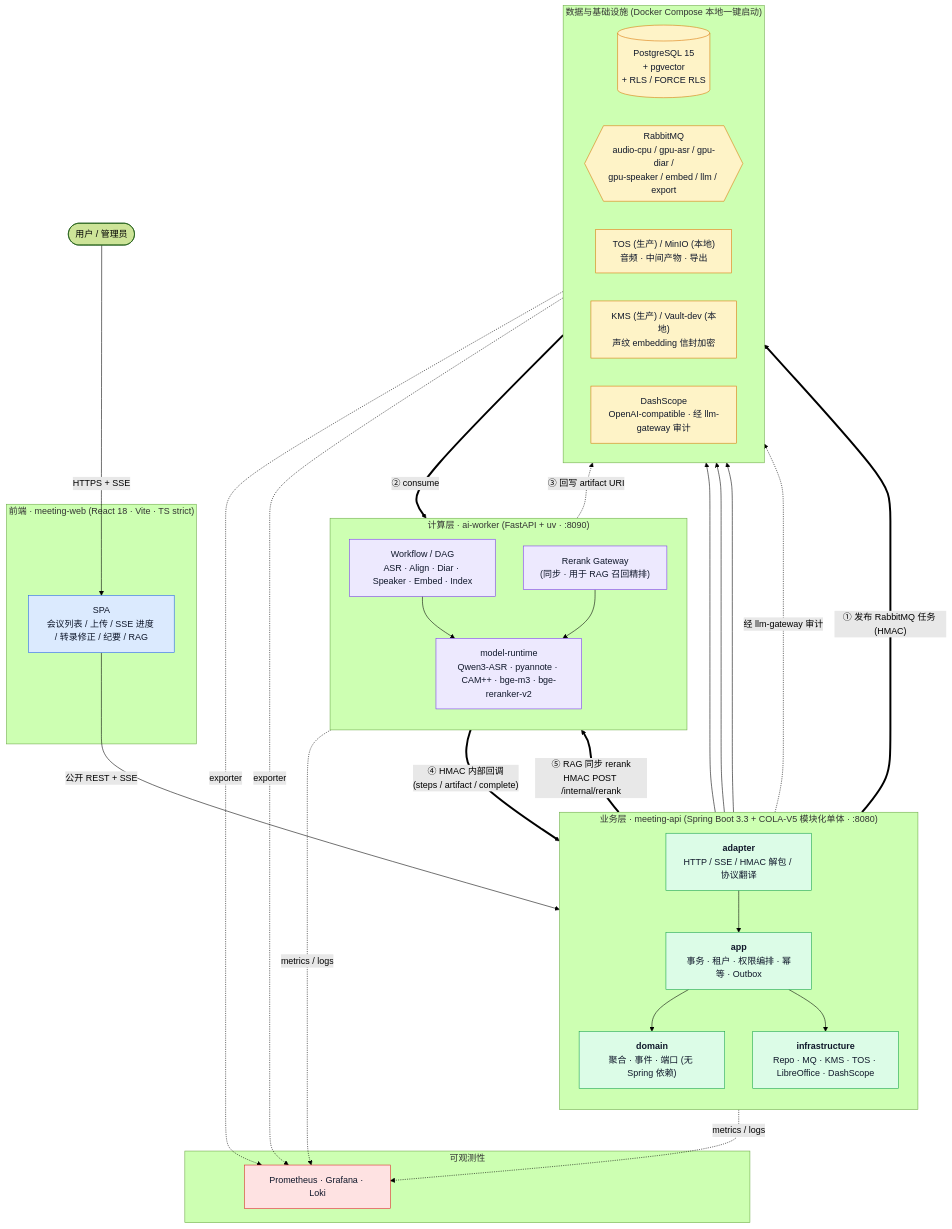
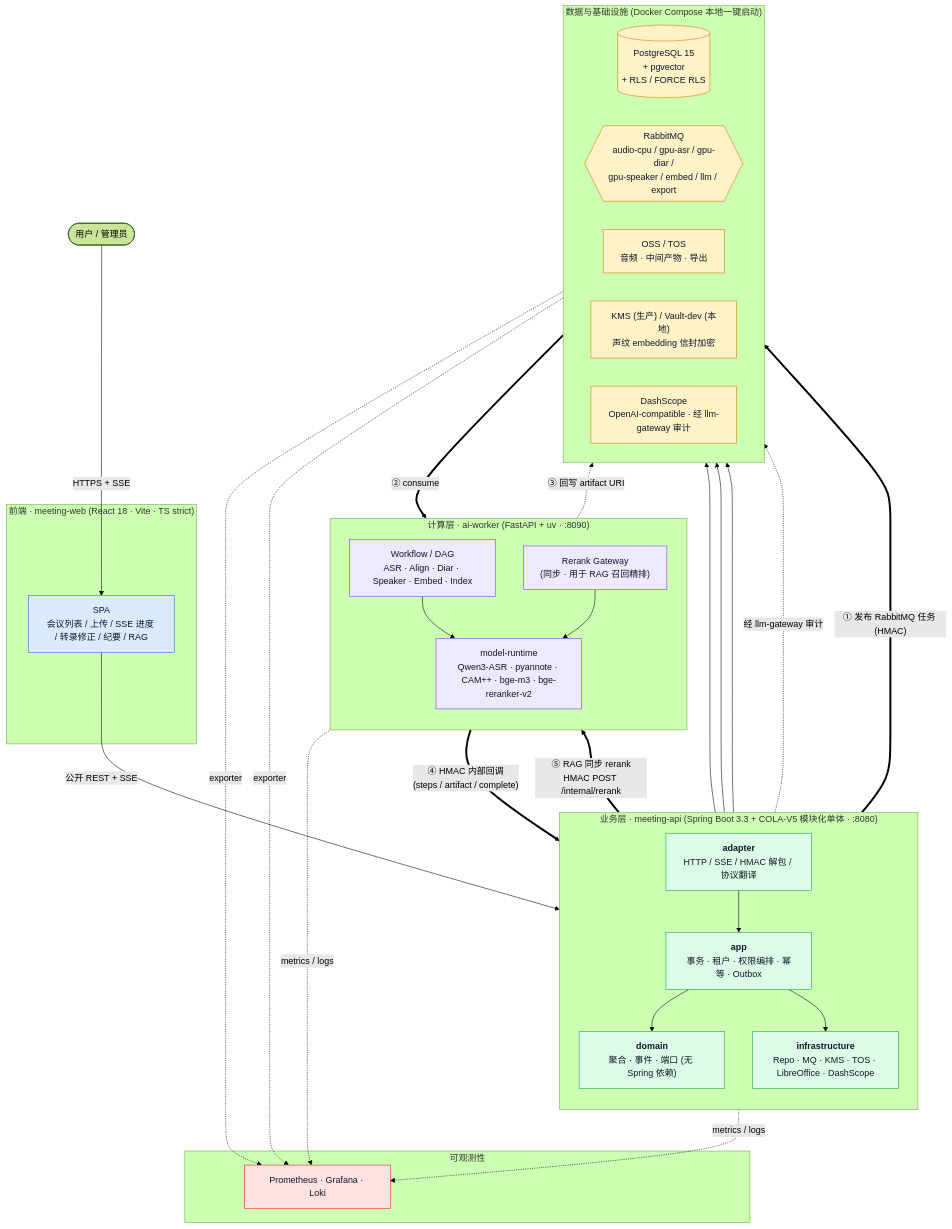
Before and after one commit to JAHSEH618/meeting: the first of 3 diagrams in README.md, drawn with Mermaid (forest theme). The commit also changed other lines of this file and 2 other files, not shown here.

First line of the commit message:
fix(config,docs): drop removed-MinIO references; fix unsupported STORAGE_TYPE

````diff
--- a/README.md
+++ b/README.md
@@ -25,69 +25,69 @@
 ```mermaid
 flowchart TB
     User([用户 / 管理员])
 
     subgraph Frontend["前端 · meeting-web (React 18 · Vite · TS strict)"]
         Web["SPA<br/>会议列表 / 上传 / SSE 进度 / 转录修正 / 纪要 / RAG"]
     end
 
     subgraph API["业务层 · meeting-api (Spring Boot 3.3 + COLA-V5 模块化单体 · :8080)"]
         direction TB
         Adapter["<b>adapter</b><br/>HTTP / SSE / HMAC 解包 / 协议翻译"]
         App["<b>app</b><br/>事务 · 租户 · 权限编排 · 幂等 · Outbox"]
         Domain["<b>domain</b><br/>聚合 · 事件 · 端口 (无 Spring 依赖)"]
         Infra["<b>infrastructure</b><br/>Repo · MQ · KMS · TOS · LibreOffice · DashScope"]
         Adapter --> App --> Domain
         App --> Infra
     end
 
     subgraph Worker["计算层 · ai-worker (FastAPI + uv · :8090)"]
         direction TB
         Workflow["Workflow / DAG<br/>ASR · Align · Diar · Speaker · Embed · Index"]
         Rerank["Rerank Gateway<br/>(同步 · 用于 RAG 召回精排)"]
         Runtime["model-runtime<br/>Qwen3-ASR · pyannote · CAM++ · bge-m3 · bge-reranker-v2"]
         Workflow --> Runtime
         Rerank --> Runtime
     end
 
     subgraph Store["数据与基础设施 (Docker Compose 本地一键启动)"]
         direction LR
         PG[("PostgreSQL 15<br/>+ pgvector<br/>+ RLS / FORCE RLS")]
         MQ{{"RabbitMQ<br/>audio-cpu / gpu-asr / gpu-diar /<br/>gpu-speaker / embed / llm / export"}}
-        TOS["TOS (生产) / MinIO (本地)<br/>音频 · 中间产物 · 导出"]
+        TOS["OSS / TOS<br/>音频 · 中间产物 · 导出"]
         Vault["KMS (生产) / Vault-dev (本地)<br/>声纹 embedding 信封加密"]
         LLM["DashScope<br/>OpenAI-compatible · 经 llm-gateway 审计"]
     end
 
     subgraph Obs["可观测性"]
         OTel["Prometheus · Grafana · Loki"]
     end
 
     User -->|HTTPS + SSE| Web
     Web -->|公开 REST + SSE| Adapter
 
     Infra --> PG
     Infra --> TOS
     Infra --> Vault
     Infra -. "经 llm-gateway 审计" .-> LLM
     Infra ==>|"① 发布 RabbitMQ 任务 (HMAC)"| MQ
     MQ ==>|"② consume"| Workflow
     Workflow -.->|"③ 回写 artifact URI"| TOS
     Workflow ==>|"④ HMAC 内部回调<br/>(steps / artifact / complete)"| Adapter
     Adapter ==>|"⑤ RAG 同步 rerank<br/>HMAC POST /internal/rerank"| Rerank
 
     Adapter -. metrics / logs .-> OTel
     Workflow -. metrics / logs .-> OTel
     PG -. exporter .-> OTel
     MQ -. exporter .-> OTel
 
     classDef frontend fill:#dbeafe,stroke:#2563eb,color:#0f172a;
     classDef api fill:#dcfce7,stroke:#16a34a,color:#0f172a;
     classDef worker fill:#ede9fe,stroke:#7c3aed,color:#0f172a;
     classDef store fill:#fef3c7,stroke:#d97706,color:#0f172a;
     classDef obs fill:#fee2e2,stroke:#dc2626,color:#0f172a;
     class Web frontend;
     class Adapter,App,Domain,Infra api;
     class Workflow,Rerank,Runtime worker;
     class PG,MQ,TOS,Vault,LLM store;
     class OTel obs;
 ```
````
